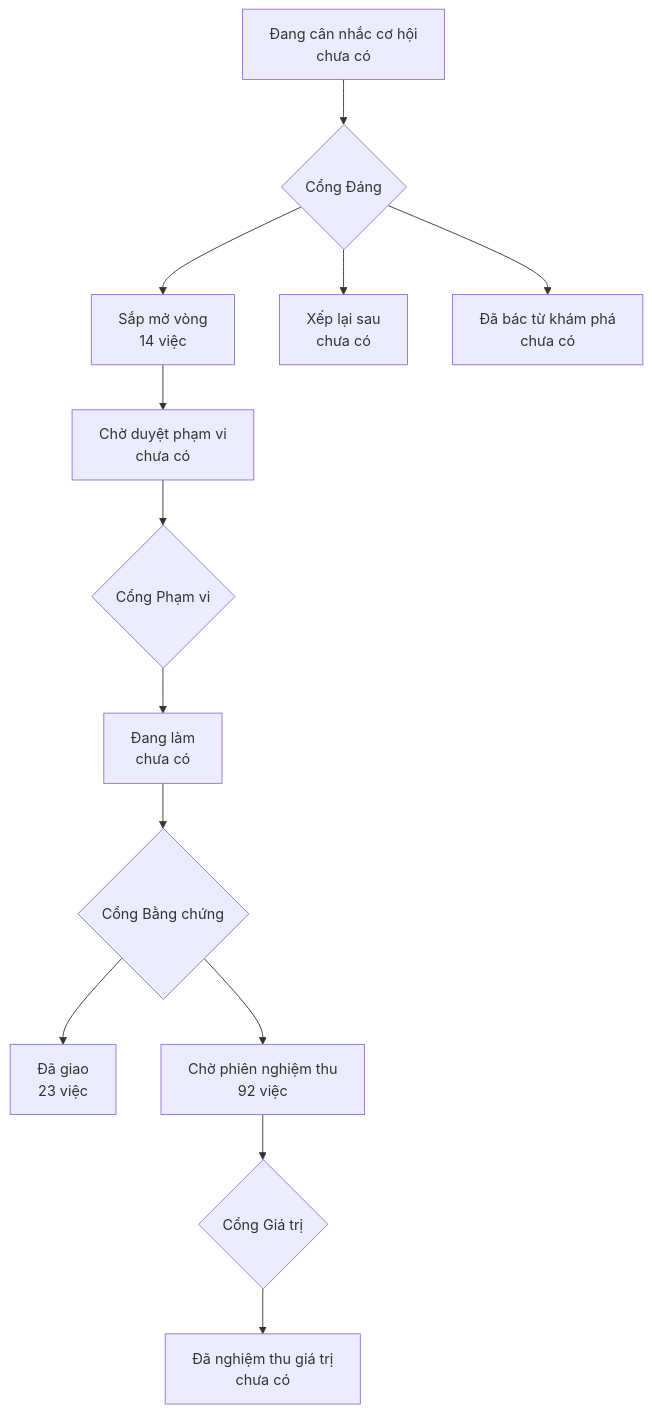
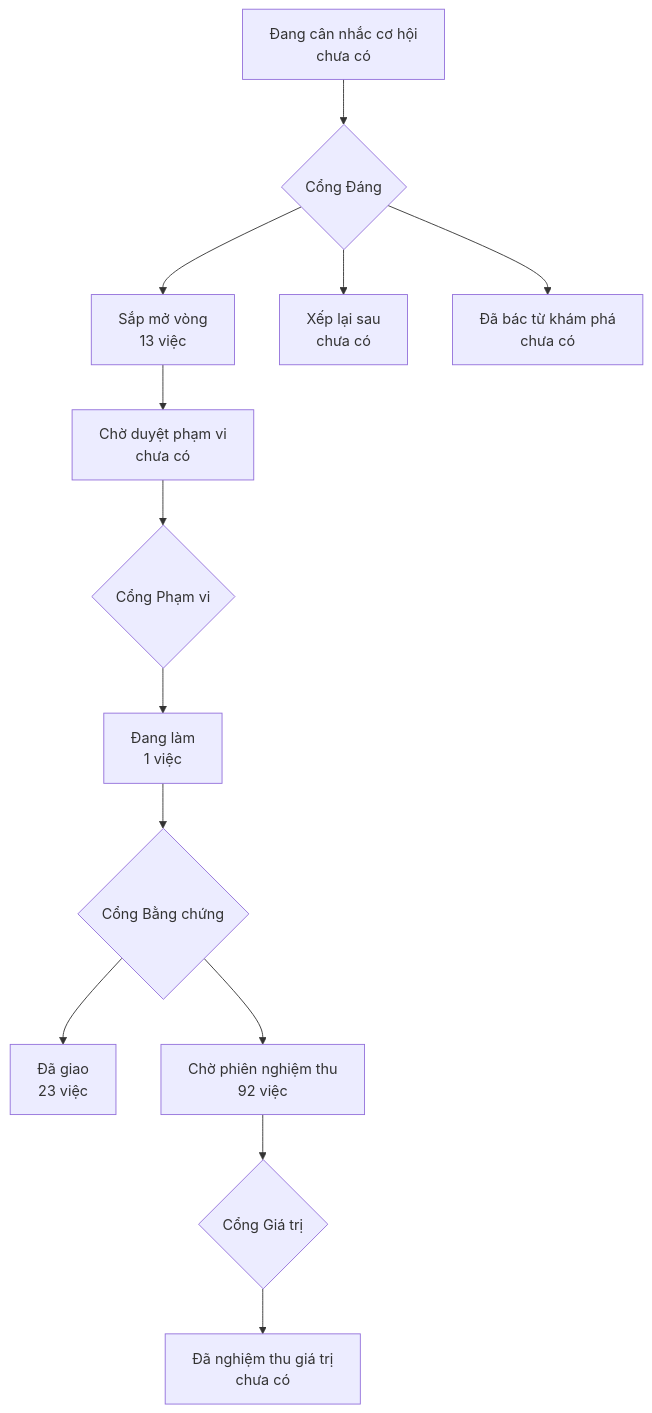
The diagram in PRODUCT-MAP.md (phanlemanh/onehub-quy-hang), drawn with Mermaid before and after one commit. The commit also changed other lines of this file and 3 other files, not shown here.

````diff
--- a/PRODUCT-MAP.md
+++ b/PRODUCT-MAP.md
@@ -7,12 +7,12 @@
 ```mermaid
 flowchart TD
   A["Đang cân nhắc cơ hội<br/>chưa có"] --> GD{"Cổng Đáng"}
-  GD --> B["Sắp mở vòng<br/>14 việc"]
+  GD --> B["Sắp mở vòng<br/>13 việc"]
   GD --> XL["Xếp lại sau<br/>chưa có"]
   GD --> DB["Đã bác từ khám phá<br/>chưa có"]
   B --> CD["Chờ duyệt phạm vi<br/>chưa có"] --> GP{"Cổng Phạm vi"}
-  GP --> DL["Đang làm<br/>chưa có"] --> GB{"Cổng Bằng chứng"}
+  GP --> DL["Đang làm<br/>1 việc"] --> GB{"Cổng Bằng chứng"}
   GB --> DG["Đã giao<br/>23 việc"]
   GB --> CN["Chờ phiên nghiệm thu<br/>92 việc"] --> GG{"Cổng Giá trị"}
   GG --> NT["Đã nghiệm thu giá trị<br/>chưa có"]
 ```
````
